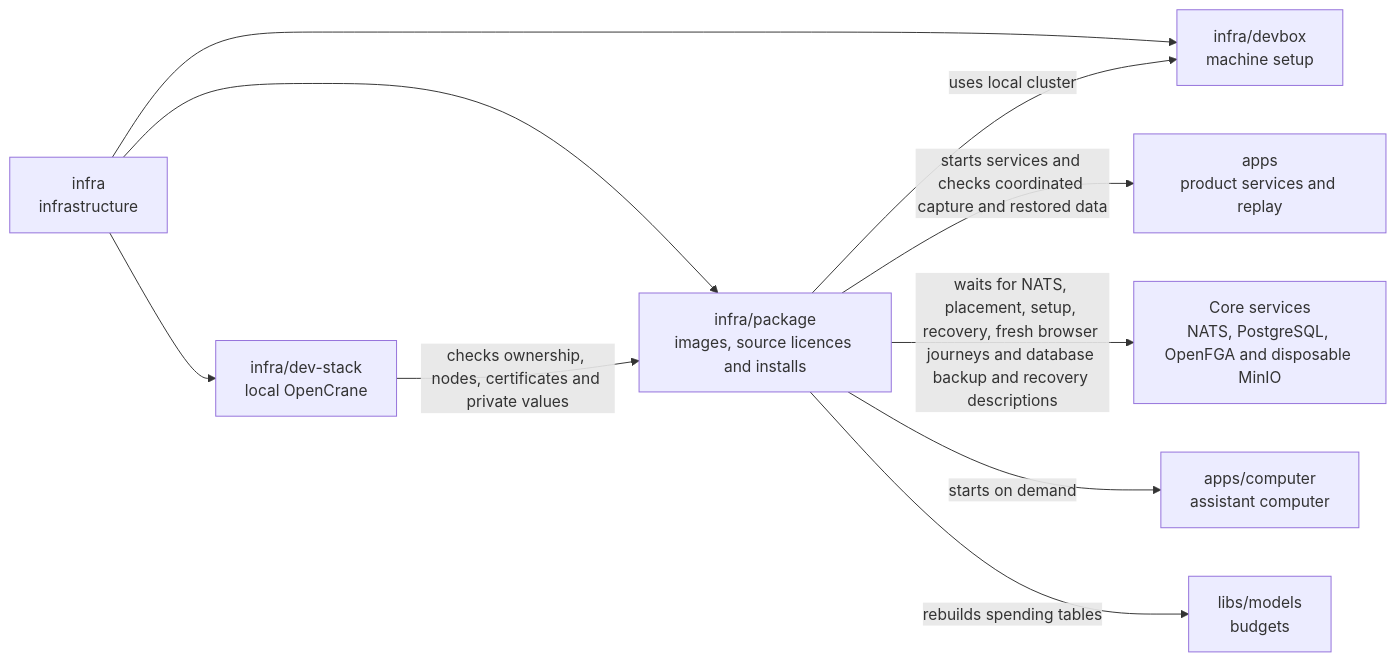
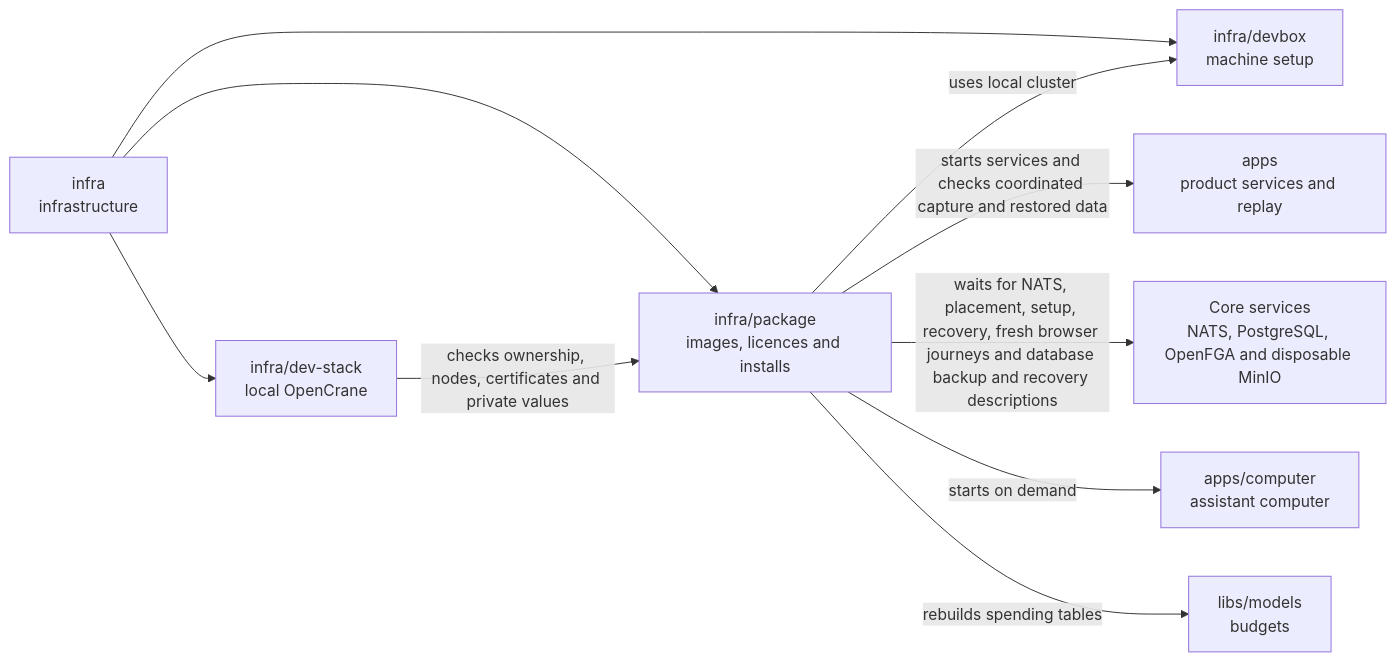
One commit to elewa-git/opencrane-new changed the diagram in infra/package/README.md. Above: the diagram before and after it, drawn with Mermaid. The commit also changed other lines of this file and 8 other files, not shown here.

````diff
--- a/infra/package/README.md
+++ b/infra/package/README.md
@@ -19,12 +19,12 @@
 ```mermaid
 flowchart LR
-  infra["infra<br/>infrastructure"] --> package["infra/package<br/>images, source licences and installs"]
+  infra["infra<br/>infrastructure"] --> package["infra/package<br/>images, licences and installs"]
   infra --> stack["infra/dev-stack<br/>local OpenCrane"]
   infra --> devbox["infra/devbox<br/>machine setup"]
   stack -->|checks ownership, nodes, certificates and private values| package
   package -->|uses local cluster| devbox
   package -->|starts services and checks coordinated capture and restored data| apps["apps<br/>product services and replay"]
   package -->|waits for NATS, placement, setup, recovery, fresh browser journeys and database backup and recovery descriptions| services["Core services<br/>NATS, PostgreSQL, OpenFGA and disposable MinIO"]
   package -->|starts on demand| computer["apps/computer<br/>assistant computer"]
   package -->|rebuilds spending tables| models["libs/models<br/>budgets"]
 ```
````
